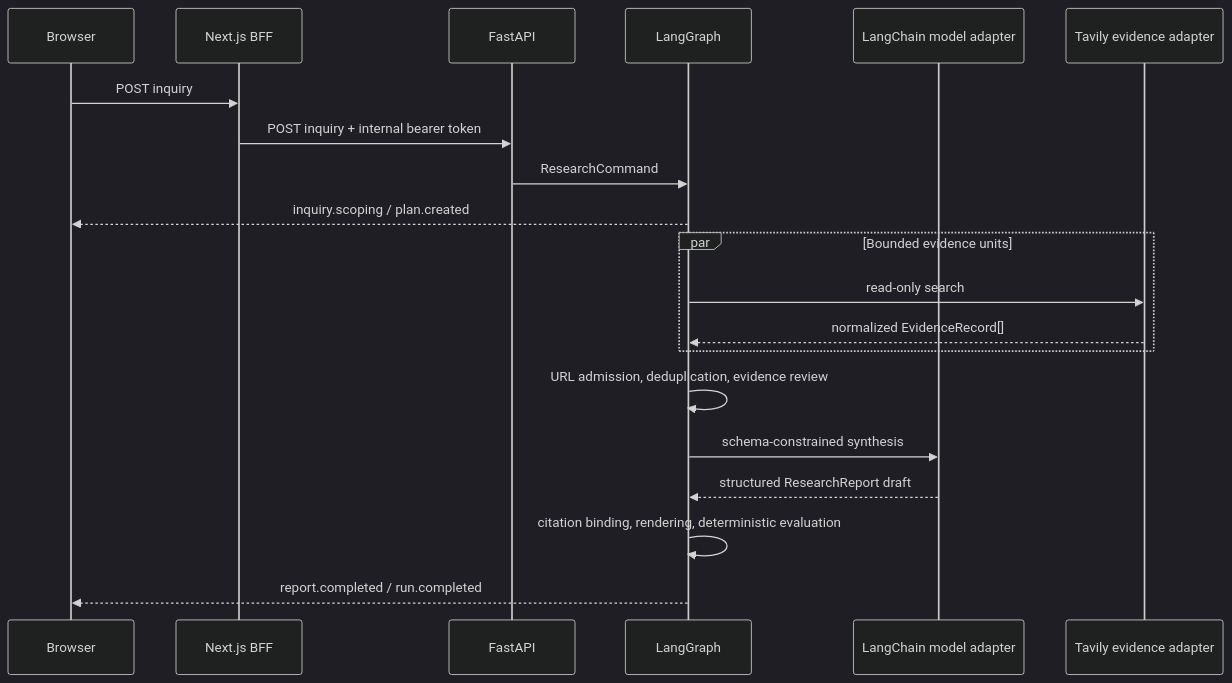
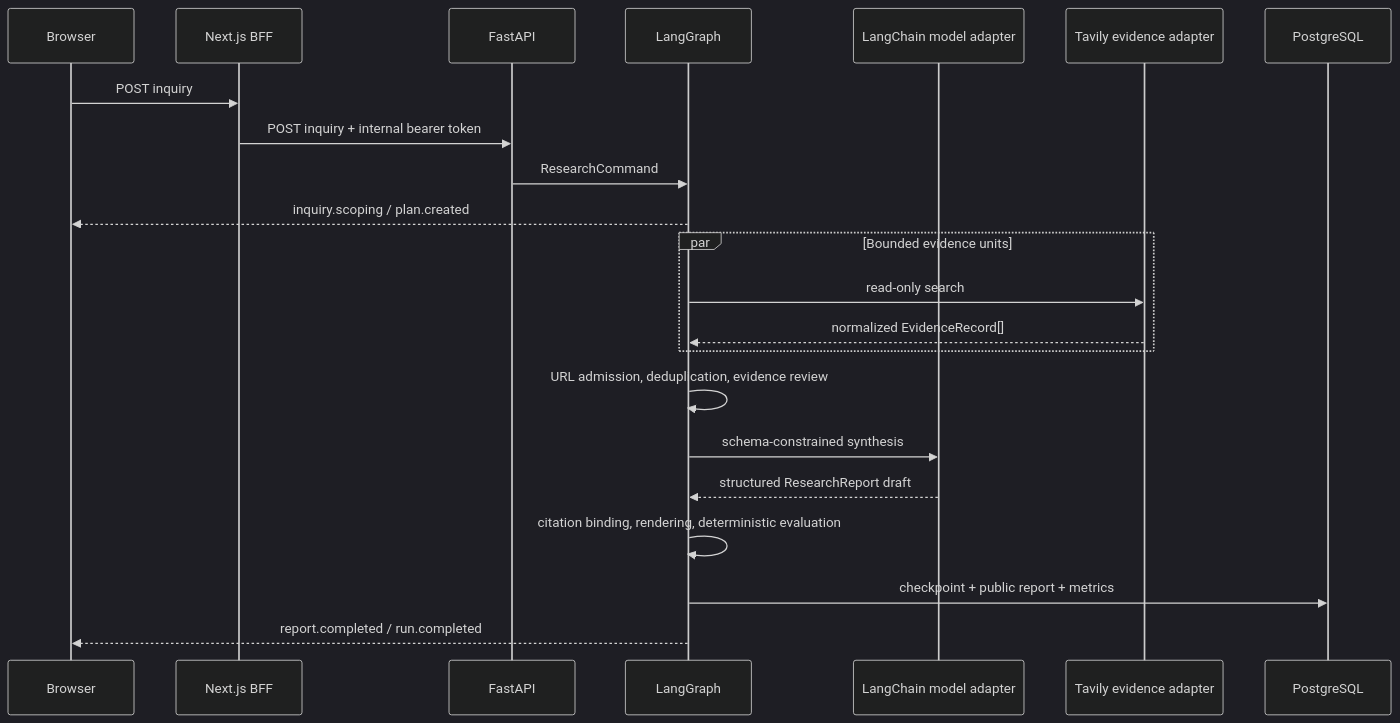
The first of 2 diagrams in docs/architecture.md (ChrBoebel/Abundance), drawn with Mermaid (dark theme) before and after one commit. The commit also changed other lines of this file and 6 other files, not shown here.

````diff
--- a/docs/architecture.md
+++ b/docs/architecture.md
@@ -9,23 +9,25 @@
 ```mermaid
 sequenceDiagram
     participant U as Browser
     participant N as Next.js BFF
     participant F as FastAPI
     participant G as LangGraph
     participant L as LangChain model adapter
     participant T as Tavily evidence adapter
+    participant P as PostgreSQL
 
     U->>N: POST inquiry
     N->>F: POST inquiry + internal bearer token
     F->>G: ResearchCommand
     G-->>U: inquiry.scoping / plan.created
     par Bounded evidence units
         G->>T: read-only search
         T-->>G: normalized EvidenceRecord[]
     end
     G->>G: URL admission, deduplication, evidence review
     G->>L: schema-constrained synthesis
     L-->>G: structured ResearchReport draft
     G->>G: citation binding, rendering, deterministic evaluation
+    G->>P: checkpoint + public report + metrics
     G-->>U: report.completed / run.completed
 ```
````
